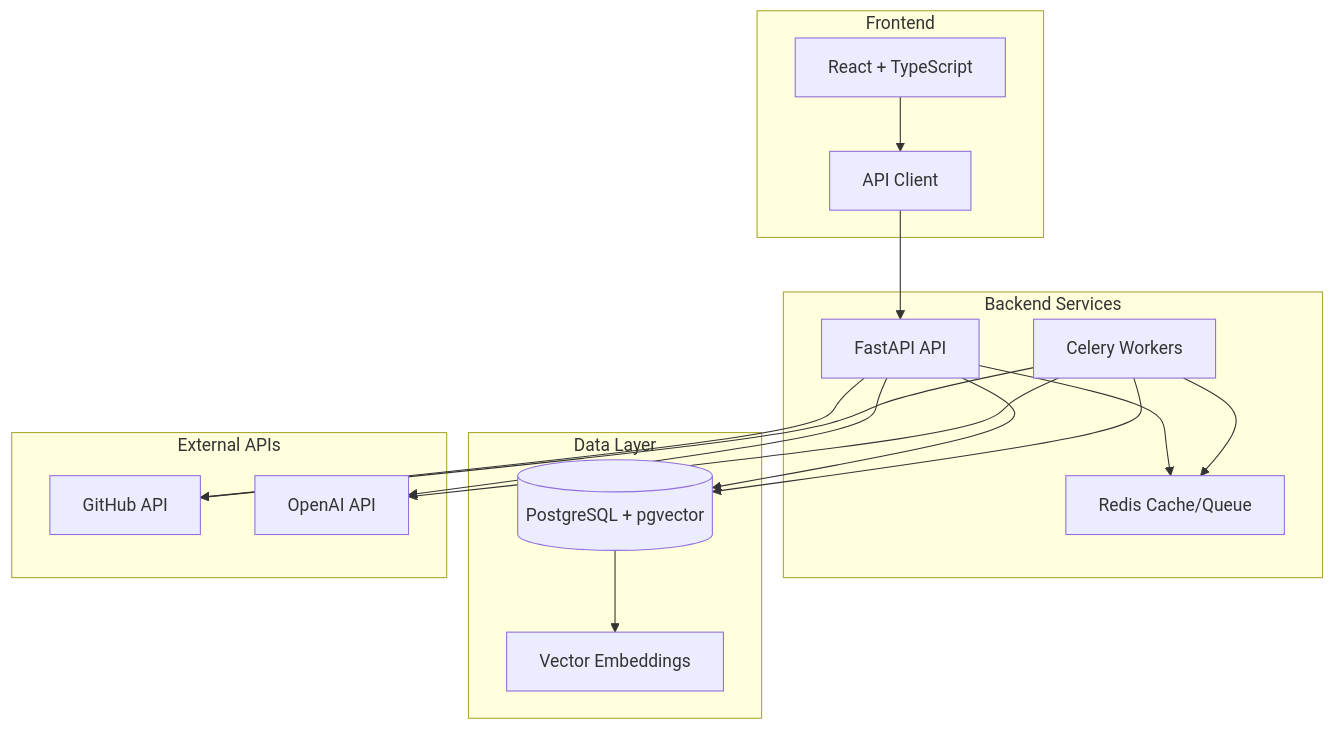
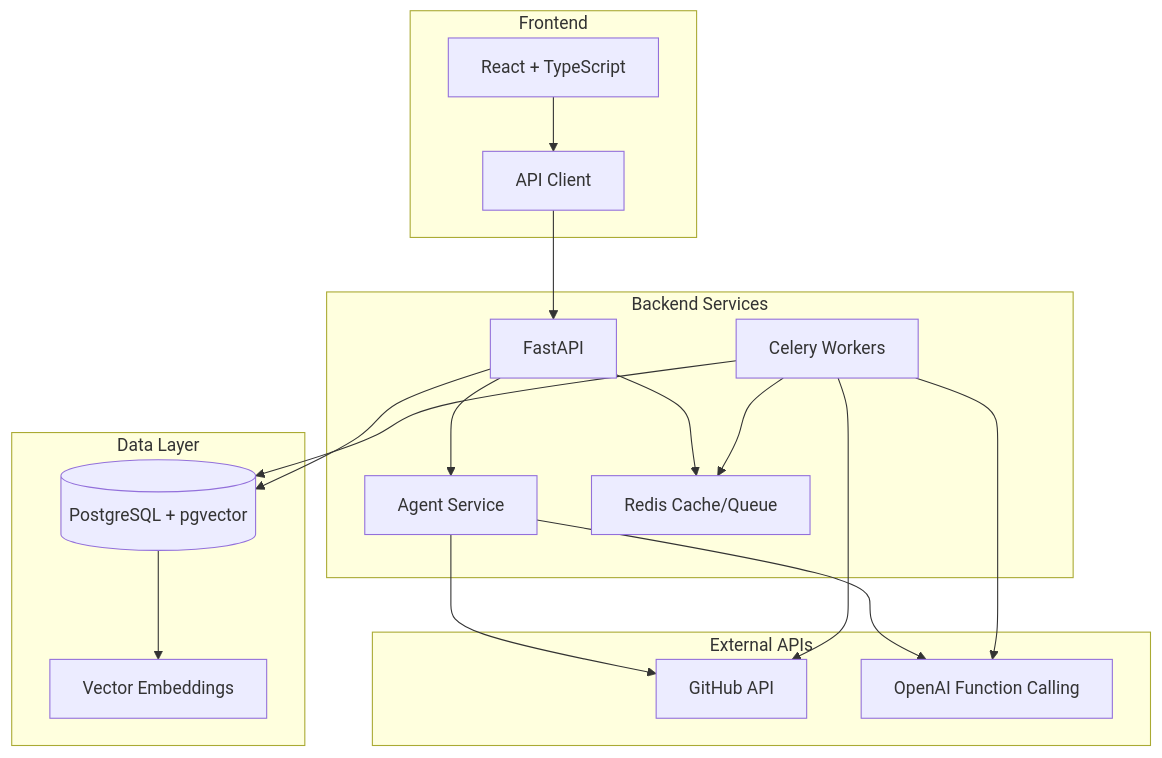
Before and after one commit to josephkamau32/devintel: the diagram in README.md, drawn with Mermaid. The commit also changed other lines of this file, not shown here.

````diff
--- a/README.md
+++ b/README.md
@@ -118,33 +119,36 @@
 ```mermaid
 graph TB
     subgraph Frontend
         UI[React + TypeScript]
         UI --> API_CLIENT[API Client]
     end
     
     subgraph Backend_Services[Backend Services]
-        API[FastAPI API]
+        API[FastAPI]
+        AGENT[Agent Service]
         WORKER[Celery Workers]
+        
+        API --> AGENT
         API --> REDIS[Redis Cache/Queue]
         WORKER --> REDIS
     end
     
     subgraph Data_Layer[Data Layer]
         PG[(PostgreSQL + pgvector)]
         EMBEDDINGS[Vector Embeddings]
         PG --> EMBEDDINGS
     end
     
     subgraph External_APIs[External APIs]
         GITHUB[GitHub API]
-        OPENAI[OpenAI API]
+        OPENAI[OpenAI Function Calling]
     end
     
     API_CLIENT --> API
     API --> PG
-    API --> GITHUB
-    API --> OPENAI
+    AGENT --> OPENAI
+    AGENT --> GITHUB
     WORKER --> PG
     WORKER --> OPENAI
     WORKER --> GITHUB
 ```
````
